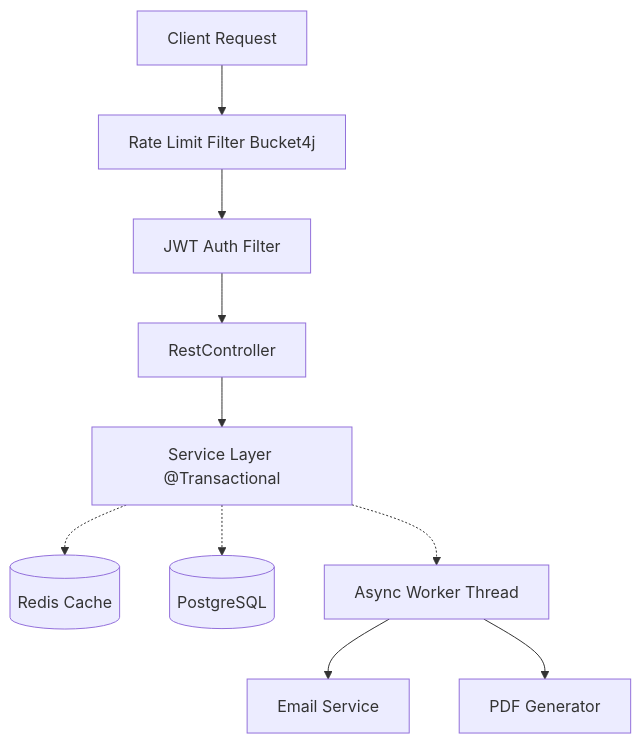
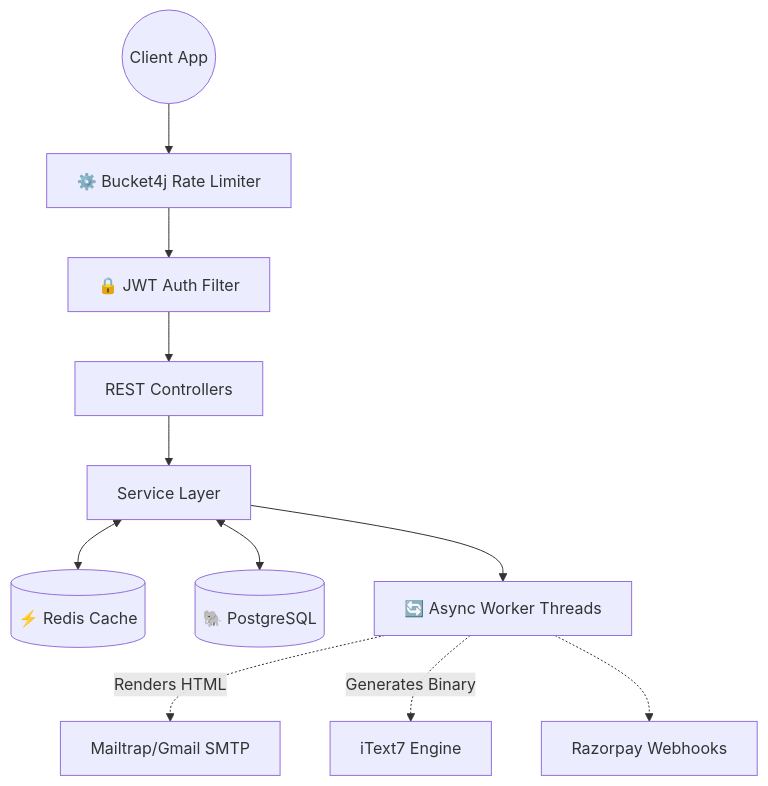
One commit to manish5200/CognitoCart changed the diagram in README.md. Above: the diagram before and after it, drawn with Mermaid. The commit also changed other lines of this file and 16 other files, not shown here.

Commit message:
feat(wishlist): complete wishlist scheduler and upgrade architecture readme

````diff
--- a/README.md
+++ b/README.md
@@ -67,14 +75,16 @@
 ```mermaid
 graph TD
-    Client[Client Request] --> RL[Rate Limit Filter Bucket4j]
-    RL --> JWT[JWT Auth Filter]
-    JWT --> Controller[RestController]
-    Controller --> Service[Service Layer @Transactional]
+    Client((Client App)) --> RL[⚙️ Bucket4j Rate Limiter]
+    RL --> JWT[🔒 JWT Auth Filter]
+    JWT --> API[REST Controllers]
     
-    Service -.-> Cache[(Redis Cache)]
-    Service -.-> DB[(PostgreSQL)]
-    Service -.-> Async[Async Worker Thread]
+    API --> SVC[Service Layer]
     
-    Async --> Email[Email Service]
-    Async --> PDF[PDF Generator]
+    SVC <--> Cache[(⚡ Redis Cache)]
+    SVC <--> DB[(🐘 PostgreSQL)]
+    SVC --> ASYNC[🔄 Async Worker Threads]
+    
+    ASYNC -.->|Renders HTML| Email[Mailtrap/Gmail SMTP]
+    ASYNC -.->|Generates Binary| PDF[iText7 Engine]
+    ASYNC -.-> Webhook[Razorpay Webhooks]
 ```
````
